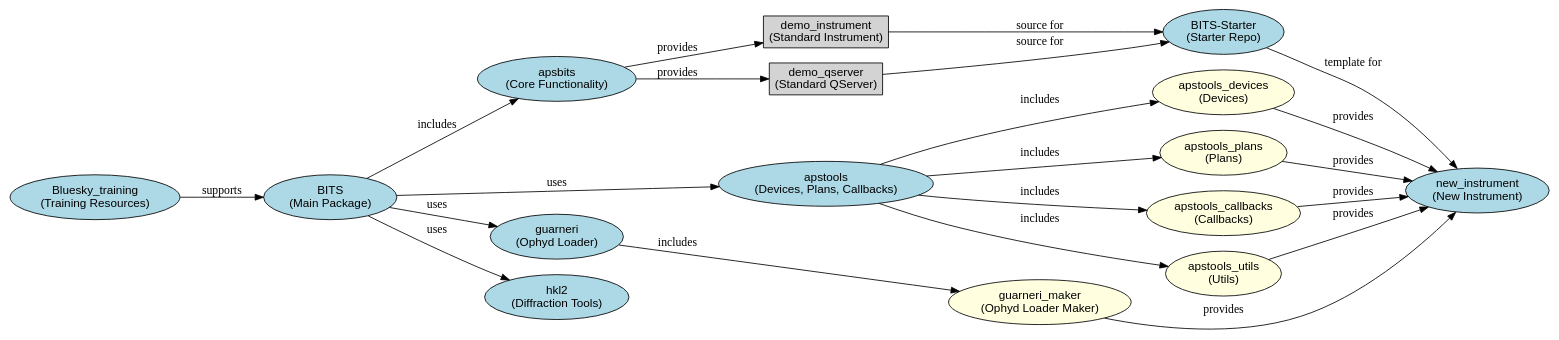
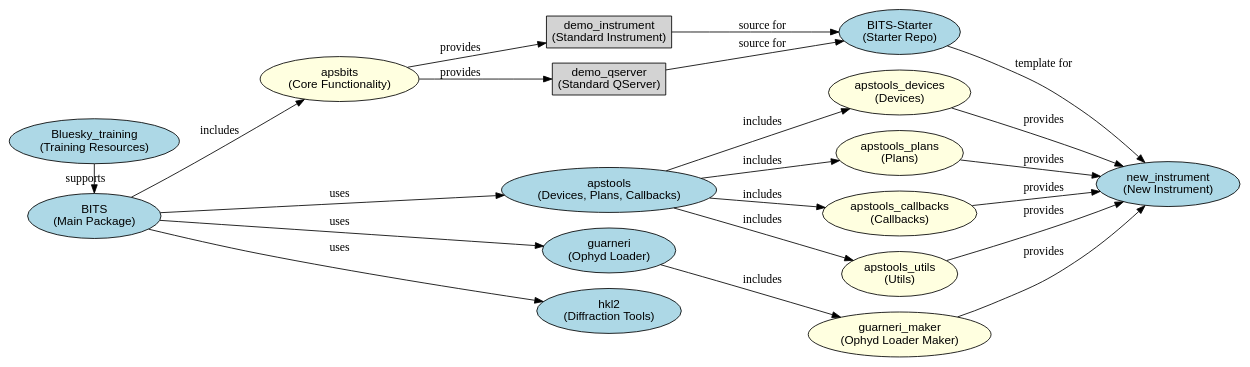
The diagram in docs/source/bits_overview.rst (BCDA-APS/bs_model_instrument), drawn with Graphviz before and after one commit.

```diff
--- a/docs/source/bits_overview.rst
+++ b/docs/source/bits_overview.rst
@@ -11,47 +11,53 @@
 .. graphviz::
 
    digraph BITS_Ecosystem {
        rankdir=LR;
        node [shape=box style=filled fillcolor=lightgrey fontname="Arial"];
 
+       {rank=min;
        BITS [label="BITS\n(Main Package)", shape=ellipse, fillcolor=lightblue];
-       BITS_Starter [label="BITS-Starter\n(Starter Repo)", shape=ellipse, fillcolor=lightblue];
+       training [label="Bluesky_training\n(Training Resources)", shape=ellipse, fillcolor=lightblue];
+       }
 
-       apsbits [label="apsbits\n(Core Functionality)", shape=ellipse, fillcolor=lightblue];
+       apsbits [label="apsbits\n(Core Functionality)", shape=ellipse, fillcolor=lightyellow];
        demo_instr [label="demo_instrument\n(Standard Instrument)"];
        demo_qserver [label="demo_qserver\n(Standard QServer)"];
 
-       apstools [label="apstools\n(Devices, Plans, Callbacks)", shape=ellipse, fillcolor=lightblue];
+       {rank=same;
+        apstools [label="apstools\n(Devices, Plans, Callbacks)", shape=ellipse, fillcolor=lightblue];
+       guarneri [label="guarneri\n(Ophyd Loader)", shape=ellipse, fillcolor=lightblue];
+       hkl2 [label="hkl2\n(Diffraction Tools)", shape=ellipse, fillcolor=lightblue];
+       }
+
+       {rank=same;
+       BITS_Starter [label="BITS-Starter\n(Starter Repo)", shape=ellipse, fillcolor=lightblue];
+       guarneri_maker [label="guarneri_maker\n(Ophyd Loader Maker)", shape=ellipse, fillcolor=lightyellow];
        apst_devices [label="apstools_devices\n(Devices)", shape=ellipse, fillcolor=lightyellow];
        apst_plans [label="apstools_plans\n(Plans)", shape=ellipse, fillcolor=lightyellow];
        apst_callbacks [label="apstools_callbacks\n(Callbacks)", shape=ellipse, fillcolor=lightyellow];
        apst_utils [label="apstools_utils\n(Utils)", shape=ellipse, fillcolor=lightyellow];
+       }
 
-       guarneri [label="guarneri\n(Ophyd Loader)", shape=ellipse, fillcolor=lightblue];
-       guarneri_maker [label="guarneri_maker\n(Ophyd Loader Maker)", shape=ellipse, fillcolor=lightyellow];
-
-       hkl2 [label="hkl2\n(Diffraction Tools)", shape=ellipse, fillcolor=lightblue];
-       training [label="Bluesky_training\n(Training Resources)", shape=ellipse, fillcolor=lightblue];
        new_instrument [label="new_instrument\n(New Instrument)", shape=ellipse, fillcolor=lightblue];
 
        BITS -> apsbits [label="includes"];
        apsbits -> demo_instr [label="provides"];
        demo_instr -> BITS_Starter [label="source for"];
        demo_qserver -> BITS_Starter [label="source for"];
        BITS_Starter -> new_instrument [label="template for"];
        apsbits -> demo_qserver [label="provides"];
        BITS -> apstools [label="uses"];
        apstools -> apst_devices [label="includes"];
        apstools -> apst_plans [label="includes"];
        apstools -> apst_callbacks [label="includes"];
        apstools -> apst_utils [label="includes"];
        apst_devices -> new_instrument [label="provides"];
        apst_plans -> new_instrument [label="provides"];
        apst_callbacks -> new_instrument [label="provides"];
        apst_utils -> new_instrument [label="provides"];
        BITS -> guarneri [label="uses"];
        guarneri -> guarneri_maker [label="includes"];
        guarneri_maker -> new_instrument [label="provides"];
        BITS -> hkl2 [label="uses"];
        training -> BITS [label="supports"];
    }
```
